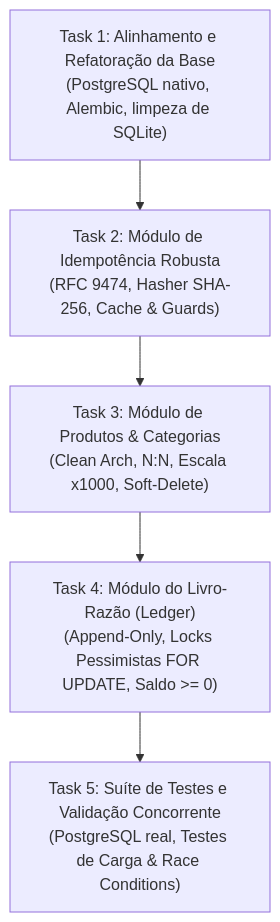
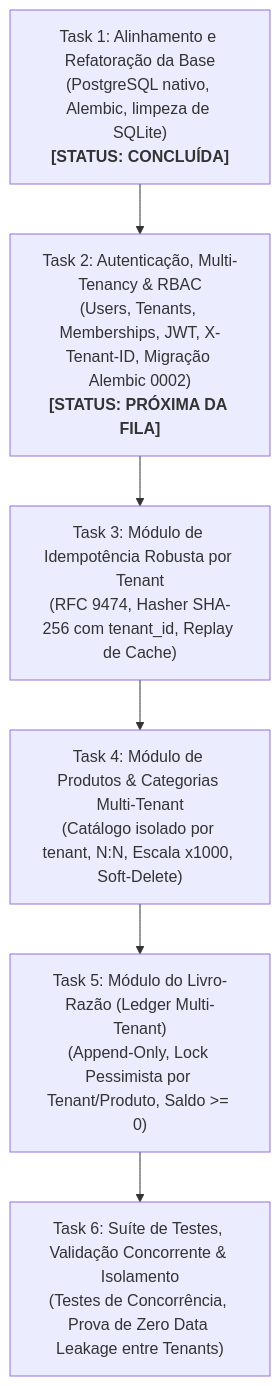
The diagram in docs/TASKS.md (rodrigoacm10/categorizer), drawn with Mermaid before and after one commit. The commit also changed other lines of this file and 7 other files, not shown here.

Commit message:
docs: specify authentication and multi-tenancy architecture with strict data isolation

````diff
--- a/docs/TASKS.md
+++ b/docs/TASKS.md
@@ -33,13 +35,15 @@
 ```mermaid
 flowchart TD
-    T1["Task 1: Alinhamento e Refatoração da Base<br/>(PostgreSQL nativo, Alembic, limpeza de SQLite)"]
-    T2["Task 2: Módulo de Idempotência Robusta<br/>(RFC 9474, Hasher SHA-256, Cache & Guards)"]
-    T3["Task 3: Módulo de Produtos & Categorias<br/>(Clean Arch, N:N, Escala x1000, Soft-Delete)"]
-    T4["Task 4: Módulo do Livro-Razão (Ledger)<br/>(Append-Only, Locks Pessimistas FOR UPDATE, Saldo >= 0)"]
-    T5["Task 5: Suíte de Testes e Validação Concorrente<br/>(PostgreSQL real, Testes de Carga & Race Conditions)"]
+    T1["Task 1: Alinhamento e Refatoração da Base<br/>(PostgreSQL nativo, Alembic, limpeza de SQLite)<br/><b>[STATUS: CONCLUÍDA]</b>"]
+    T2["Task 2: Autenticação, Multi-Tenancy & RBAC<br/>(Users, Tenants, Memberships, JWT, X-Tenant-ID, Migração Alembic 0002)<br/><b>[STATUS: PRÓXIMA DA FILA]</b>"]
+    T3["Task 3: Módulo de Idempotência Robusta por Tenant<br/>(RFC 9474, Hasher SHA-256 com tenant_id, Replay de Cache)"]
+    T4["Task 4: Módulo de Produtos & Categorias Multi-Tenant<br/>(Catálogo isolado por tenant, N:N, Escala x1000, Soft-Delete)"]
+    T5["Task 5: Módulo do Livro-Razão (Ledger Multi-Tenant)<br/>(Append-Only, Lock Pessimista por Tenant/Produto, Saldo >= 0)"]
+    T6["Task 6: Suíte de Testes, Validação Concorrente & Isolamento<br/>(Testes de Concorrência, Prova de Zero Data Leakage entre Tenants)"]
 
     T1 --> T2
     T2 --> T3
     T3 --> T4
     T4 --> T5
+    T5 --> T6
 ```
````
